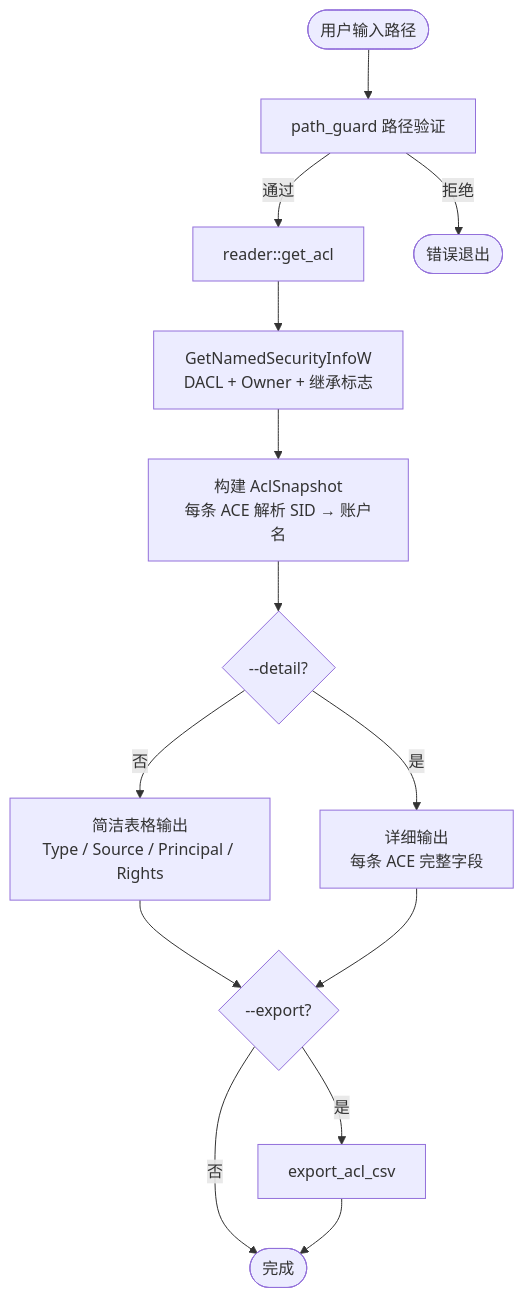
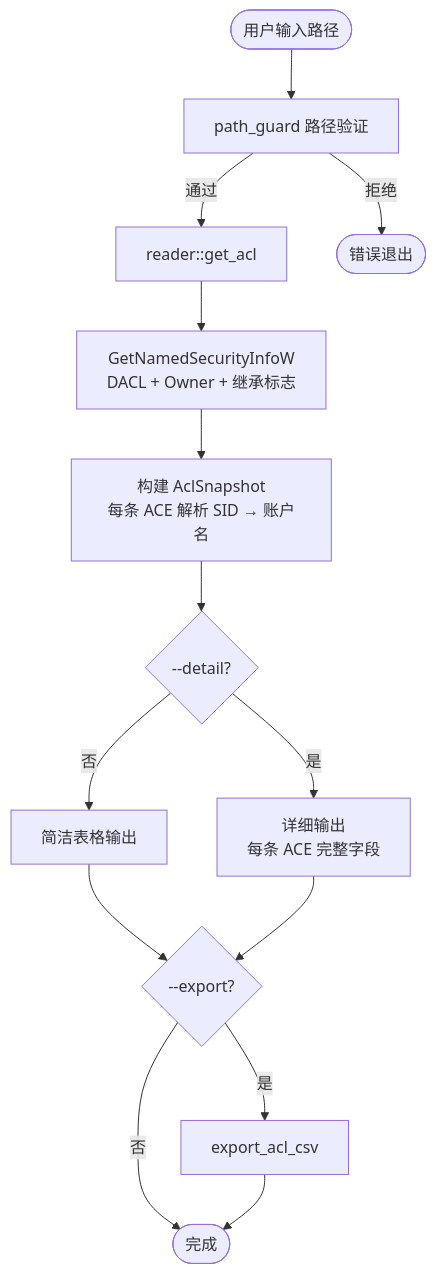
One commit to jinghu-moon/XunYu changed the second of 17 diagrams in docs/module/01-ACL.md. Above: the diagram before and after it, drawn with Mermaid. The commit also changed other lines of this file, not shown here.

````diff
--- a/docs/module/01-ACL.md
+++ b/docs/module/01-ACL.md
@@ -123,16 +124,16 @@
 ```mermaid
 flowchart TD
     A([用户输入路径]) --> B[path_guard 路径验证]
     B --> |通过| C[reader::get_acl]
     B --> |拒绝| Z([错误退出])
     C --> D[GetNamedSecurityInfoW\nDACL + Owner + 继承标志]
     D --> E[构建 AclSnapshot\n每条 ACE 解析 SID → 账户名]
     E --> F{--detail?}
-    F --> |否| G[简洁表格输出\nType / Source / Principal / Rights]
+    F --> |否| G[简洁表格输出]
     F --> |是| H[详细输出\n每条 ACE 完整字段]
     G --> I{--export?}
     H --> I
     I --> |是| J[export_acl_csv]
     I --> |否| K([完成])
     J --> K
 ```
````
